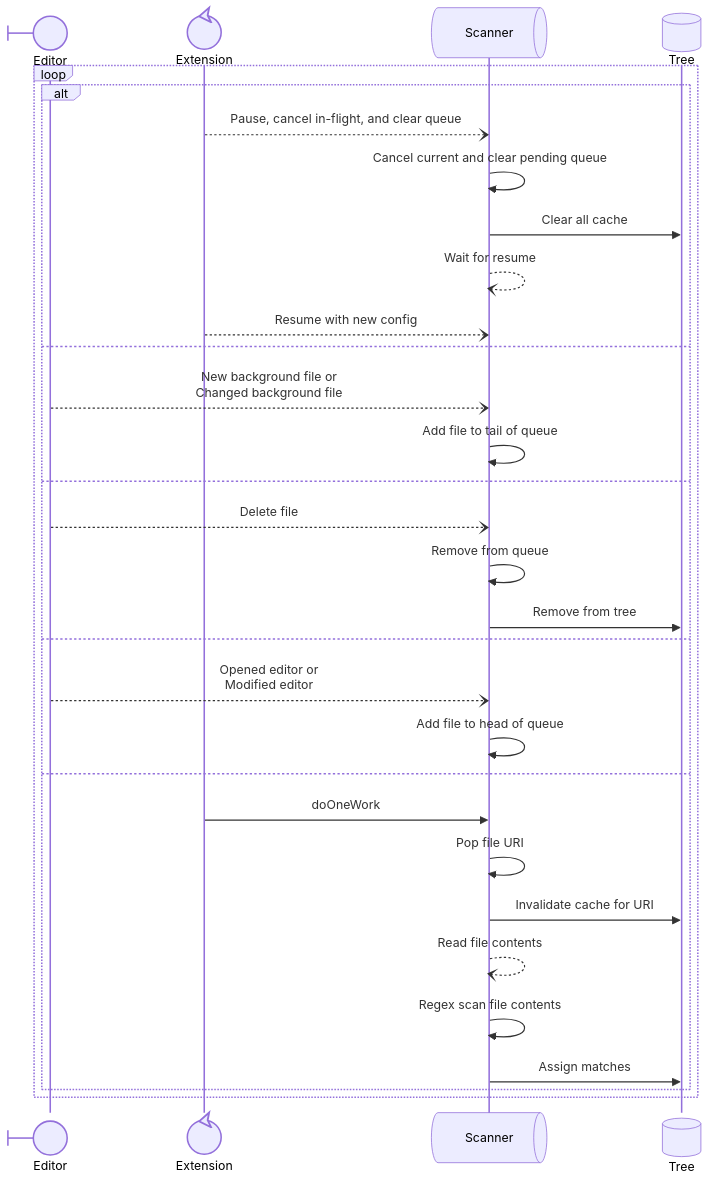
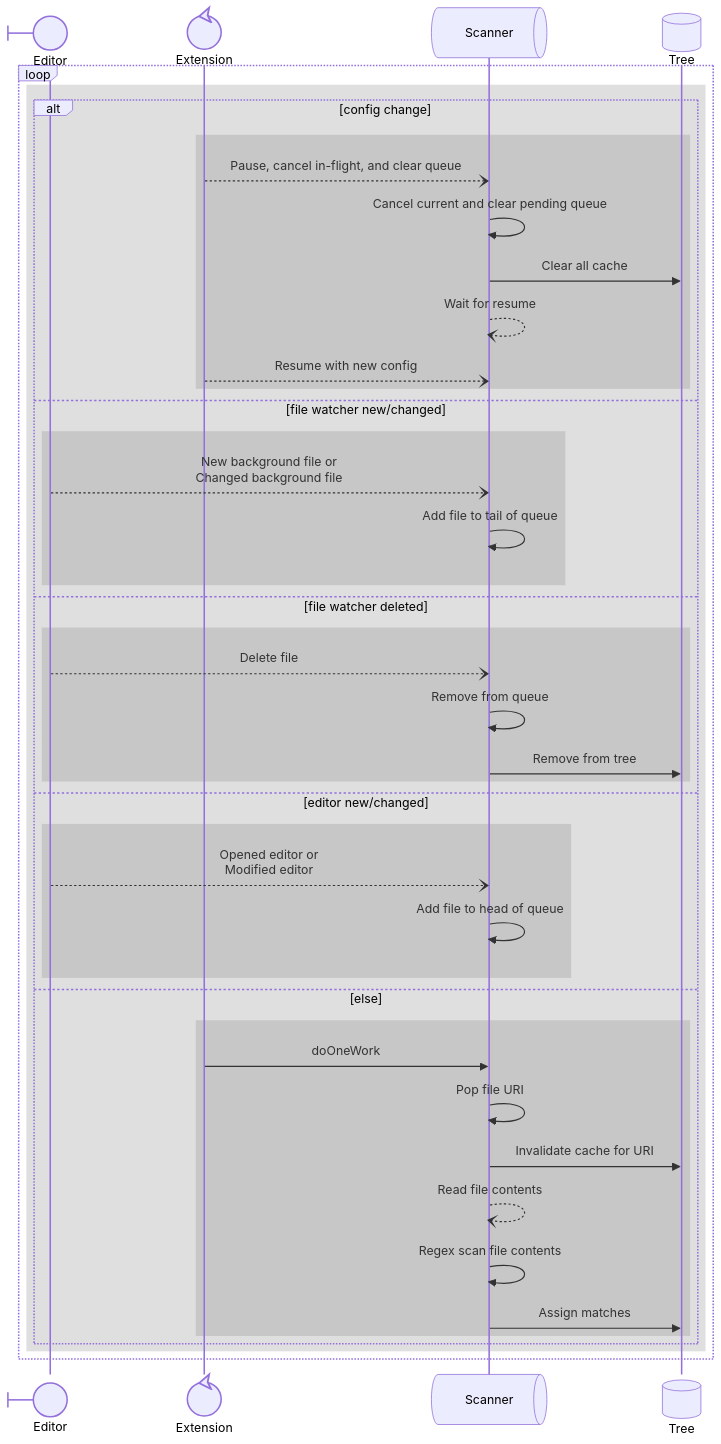
The first of 2 diagrams in async-flowchart.md (RichardRobertson/tag-lens), drawn with Mermaid before and after one commit. The commit also changed other lines of this file and 8 other files, not shown here.

````diff
--- a/async-flowchart.md
+++ b/async-flowchart.md
@@ -10,33 +10,45 @@
 ```mermaid
 sequenceDiagram
     participant Editor@{ "type": "boundary" }
     participant EXT@{ "type": "control" } as Extension
     participant Scanner@{ "type": "queue" }
     participant Tree@{ "type": "database" }
     loop
-    alt
-    EXT--)Scanner: Pause, cancel in-flight, and clear queue
-    Scanner->>Scanner: Cancel current and clear pending queue
-    Scanner->>Tree: Clear all cache
-    Scanner--)Scanner: Wait for resume
-    EXT--)Scanner: Resume with new config
-    else
-    Editor--)Scanner: New background file or<br/>Changed background file
-    Scanner->>Scanner: Add file to tail of queue
-    else
-    Editor--)Scanner: Delete file
-    Scanner->>Scanner: Remove from queue
-    Scanner->>Tree: Remove from tree
-    else
-    Editor--)Scanner: Opened editor or<br/>Modified editor
-    Scanner->>Scanner: Add file to head of queue
-    else
-    EXT->>Scanner: doOneWork
-    Scanner->>Scanner: Pop file URI
-    Scanner->>Tree: Invalidate cache for URI
-    Scanner--)Scanner: Read file contents
-    Scanner->>Scanner: Regex scan file contents
-    Scanner->>Tree: Assign matches
-    end
+        rect rgba(128, 128, 128, 0.25)
+            alt config change
+                rect rgba(128, 128, 128, 0.25)
+                    EXT--)Scanner: Pause, cancel in-flight, and clear queue
+                    Scanner->>Scanner: Cancel current and clear pending queue
+                    Scanner->>Tree: Clear all cache
+                    Scanner--)Scanner: Wait for resume
+                    EXT--)Scanner: Resume with new config
+                end
+            else file watcher new/changed
+                rect rgba(128, 128, 128, 0.25)
+                    Editor--)Scanner: New background file or<br/>Changed background file
+                    Scanner->>Scanner: Add file to tail of queue
+                end
+            else file watcher deleted
+                rect rgba(128, 128, 128, 0.25)
+                    Editor--)Scanner: Delete file
+                    Scanner->>Scanner: Remove from queue
+                    Scanner->>Tree: Remove from tree
+                end
+            else editor new/changed
+                rect rgba(128, 128, 128, 0.25)
+                    Editor--)Scanner: Opened editor or<br/>Modified editor
+                    Scanner->>Scanner: Add file to head of queue
+                end
+            else else
+                rect rgba(128, 128, 128, 0.25)
+                    EXT->>Scanner: doOneWork
+                    Scanner->>Scanner: Pop file URI
+                    Scanner->>Tree: Invalidate cache for URI
+                    Scanner--)Scanner: Read file contents
+                    Scanner->>Scanner: Regex scan file contents
+                    Scanner->>Tree: Assign matches
+                end
+            end
+        end
     end
 ```
````
